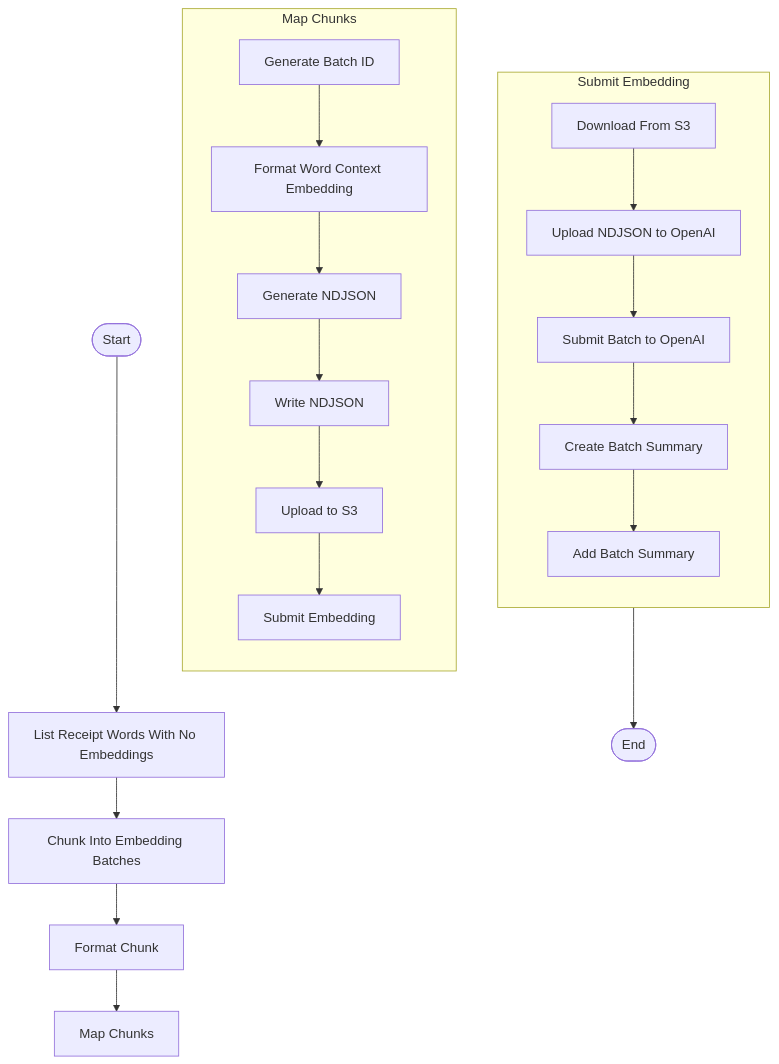
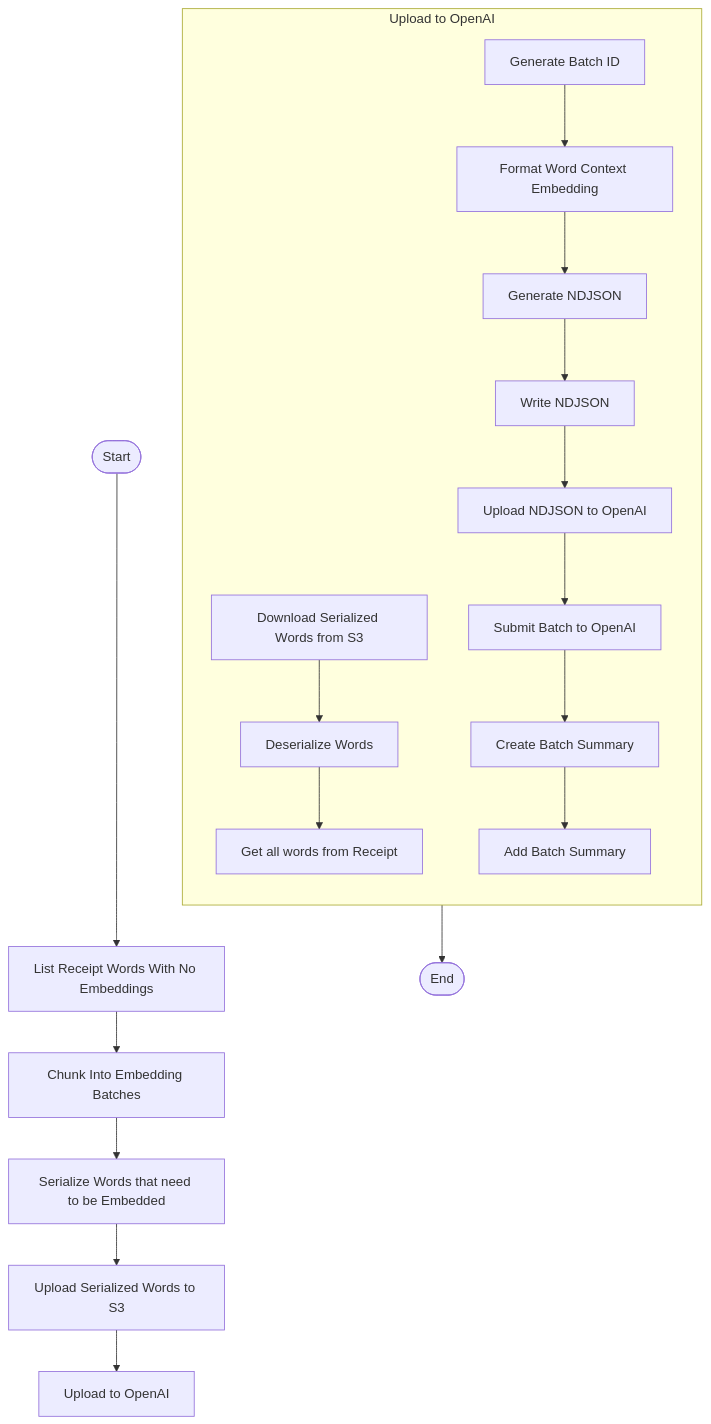
One commit to tnorlund/Portfolio changed the diagram in receipt_label/receipt_label/submit_embedding_batch/README.md. Above: the diagram before and after it, drawn with Mermaid. The commit also changed other lines of this file, not shown here.

First line of the commit message:
✍️ Now mapping over each receipt

````diff
--- a/receipt_label/receipt_label/submit_embedding_batch/README.md
+++ b/receipt_label/receipt_label/submit_embedding_batch/README.md
@@ -95,27 +95,24 @@
 ```mermaid
 flowchart TD
     start([Start]) --> list_receipt_words_with_no_embeddings["List Receipt Words With No Embeddings"]
     list_receipt_words_with_no_embeddings --> chunk_into_embedding_batches["Chunk Into Embedding Batches"]
-    chunk_into_embedding_batches --> format_chunk["Format Chunk"]
-    format_chunk --> map_chunks_node["Map Chunks"]
+    chunk_into_embedding_batches --> serialize_receipt_words["Serialize Words that need to be Embedded"]
+    serialize_receipt_words --> upload_serialized_words["Upload Serialized Words to S3"]
+    upload_serialized_words --> upload_to_openai["Upload to OpenAI"]
 
-    subgraph map_chunks["Map Chunks"]
+    subgraph map_chunks["Upload to OpenAI"]
         direction TB
+        download_serialized_words["Download Serialized Words from S3"] --> deserialize_words["Deserialize Words"]
+        deserialize_words --> query_receipt_words["Get all words from Receipt"]
         generate_batch_id["Generate Batch ID"] --> format_word_context_embedding["Format Word Context Embedding"]
         format_word_context_embedding --> generate_ndjson["Generate NDJSON"]
         generate_ndjson --> write_ndjson["Write NDJSON"]
-        write_ndjson --> upload_ndjson_to_s3["Upload to S3"]
-        upload_ndjson_to_s3 --> submit_embedding_node["Submit Embedding"]
-    end
-
-    subgraph submit_embedding["Submit Embedding"]
-        direction TB
-        download_from_s3["Download From S3"] --> upload_ndjson_to_openai["Upload NDJSON to OpenAI"]
+        write_ndjson --> upload_ndjson_to_openai["Upload NDJSON to OpenAI"]
         upload_ndjson_to_openai --> submit_batch_to_openai["Submit Batch to OpenAI"]
         submit_batch_to_openai --> create_batch_summary["Create Batch Summary"]
         create_batch_summary --> add_batch_summary["Add Batch Summary"]
     end
 
-    submit_embedding --> END([End])
+    map_chunks --> END([End])
 
 ```
````
